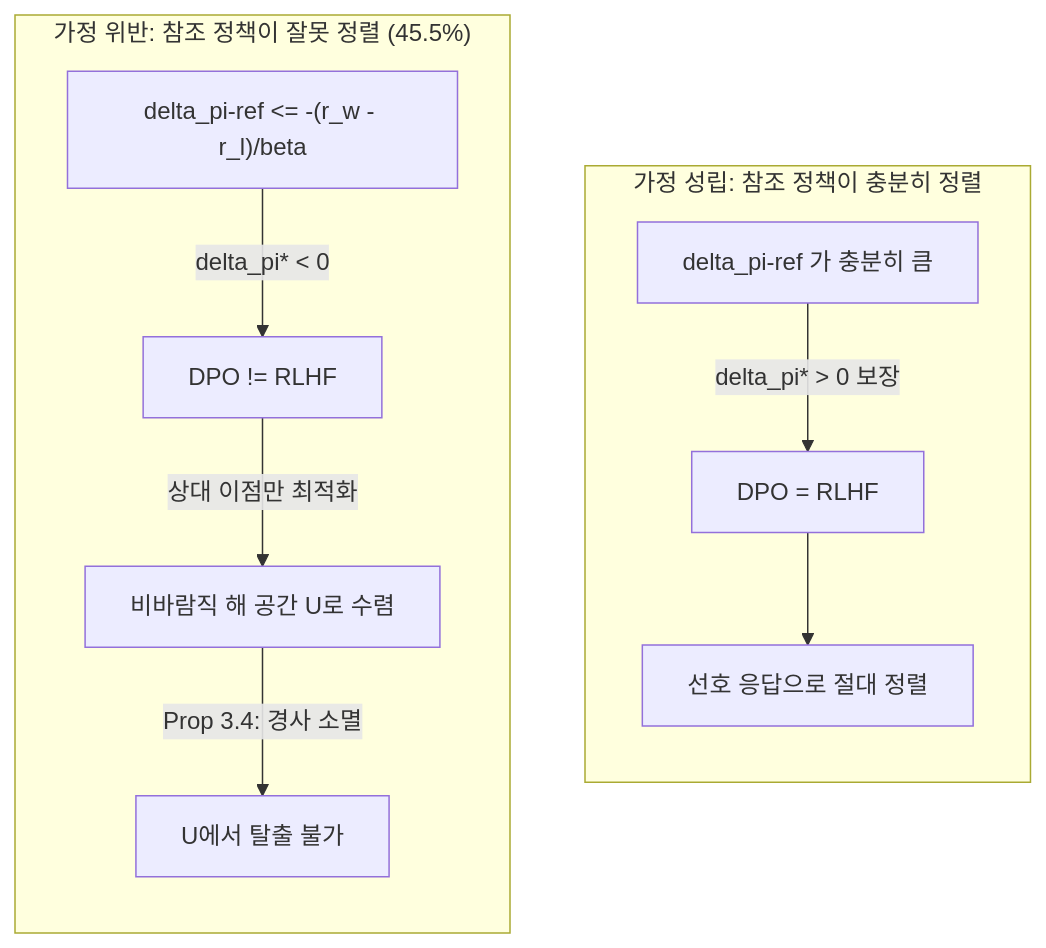
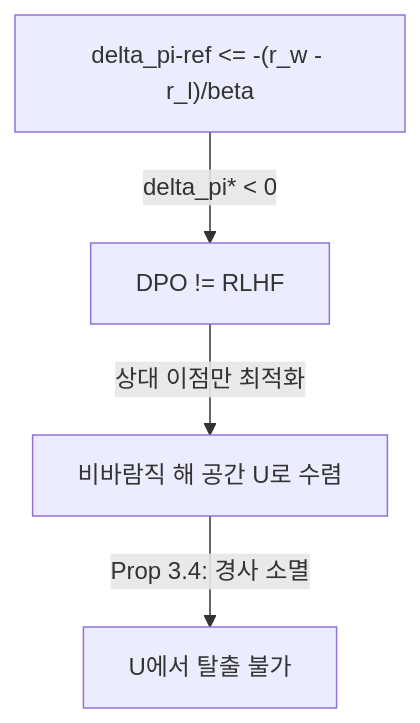
One commit to pheeree/pheeree.github.io changed the second of 2 diagrams in _posts/2026-06-30-dpo-conditional-equivalence-rlhf-collapse.md. Above: the diagram before and after it, drawn with Mermaid. The commit also changed other lines of this file and 4 other files, not shown here.

First line of the commit message:
fix: 레이아웃 회귀 수리 — 표↔인용컬럼 충돌 + mermaid subgraph 짜부

````diff
--- a/_posts/2026-06-30-dpo-conditional-equivalence-rlhf-collapse.md
+++ b/_posts/2026-06-30-dpo-conditional-equivalence-rlhf-collapse.md
@@ -62,14 +70,6 @@
 ```mermaid
 flowchart TB
-    subgraph G1["가정 성립: 참조 정책이 충분히 정렬"]
-        direction TB
-        A1["delta_pi-ref 가 충분히 큼"] -- "delta_pi* > 0 보장" --> B1["DPO = RLHF"]
-        B1 --> C1["선호 응답으로 절대 정렬"]
-    end
-    subgraph G2["가정 위반: 참조 정책이 잘못 정렬 (45.5%)"]
-        direction TB
-        A2["delta_pi-ref <= -(r_w - r_l)/beta"] -- "delta_pi* < 0" --> B2["DPO != RLHF"]
-        B2 -- "상대 이점만 최적화" --> C2["비바람직 해 공간 U로 수렴"]
-        C2 -- "Prop 3.4: 경사 소멸" --> D2["U에서 탈출 불가"]
-    end
+    A2["delta_pi-ref <= -(r_w - r_l)/beta"] -- "delta_pi* < 0" --> B2["DPO != RLHF"]
+    B2 -- "상대 이점만 최적화" --> C2["비바람직 해 공간 U로 수렴"]
+    C2 -- "Prop 3.4: 경사 소멸" --> D2["U에서 탈출 불가"]
 ```
````
